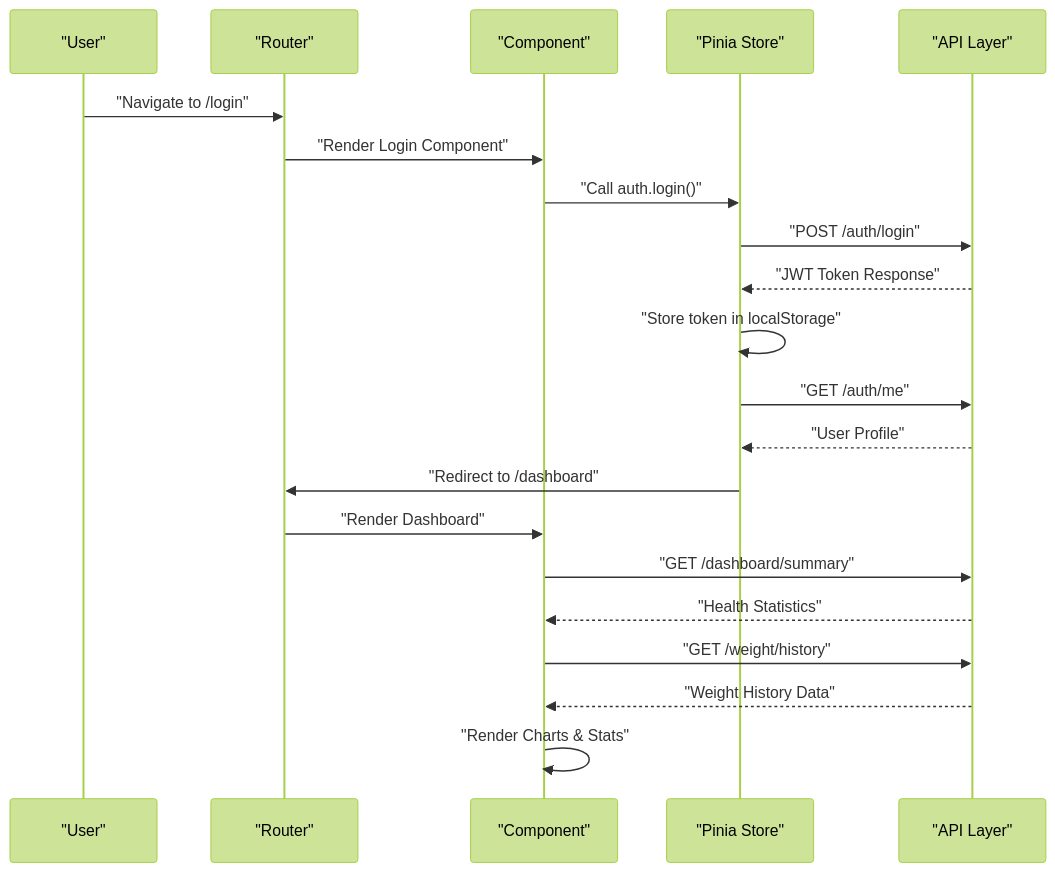
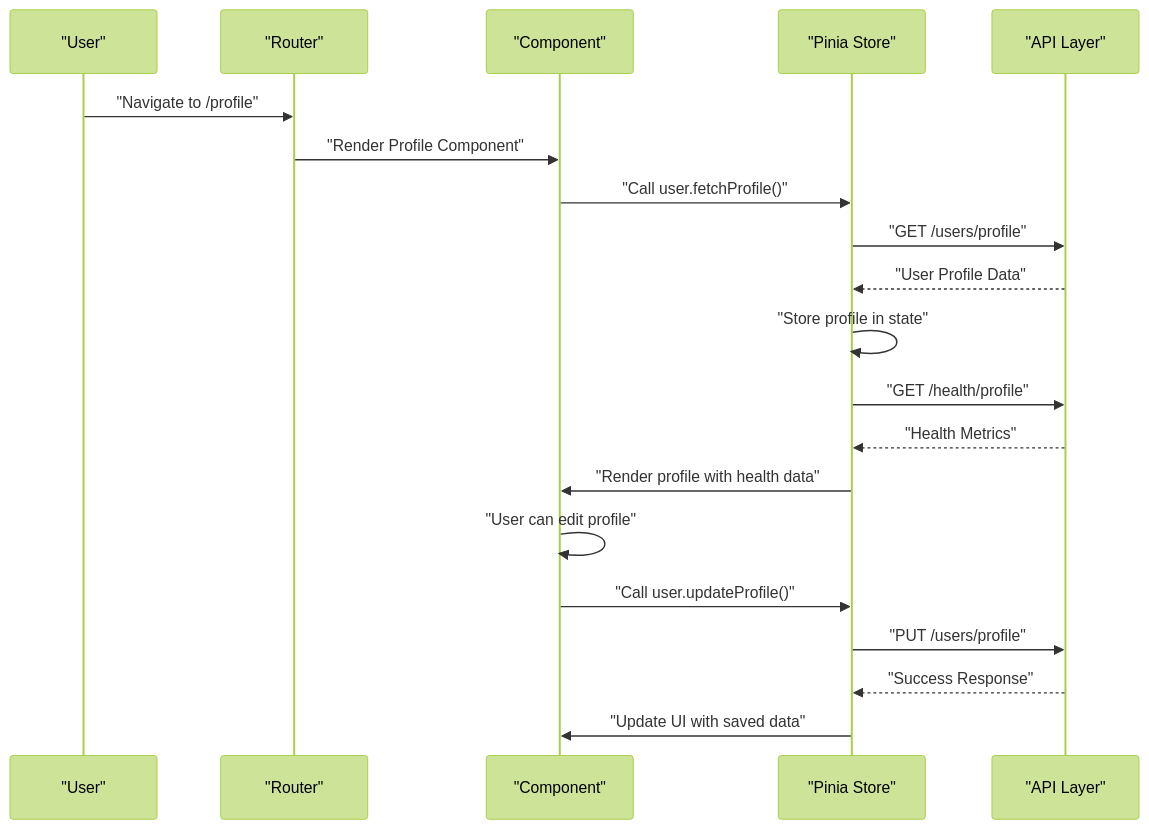
Before and after one commit to hsarjun04-netizen/NUTRICooACH: the second of 3 diagrams in .qoder/repowiki/en/content/Frontend Application/Component Documentation.md, drawn with Mermaid (forest theme). The commit also changed other lines of this file and 9 other files, not shown here.

````diff
--- a/.qoder/repowiki/en/content/Frontend Application/Component Documentation.md
+++ b/.qoder/repowiki/en/content/Frontend Application/Component Documentation.md
@@ -143,23 +149,22 @@
 ```mermaid
 sequenceDiagram
 participant U as "User"
 participant R as "Router"
 participant C as "Component"
 participant S as "Pinia Store"
 participant A as "API Layer"
-U->>R : "Navigate to /login"
-R->>C : "Render Login Component"
-C->>S : "Call auth.login()"
-S->>A : "POST /auth/login"
-A-->>S : "JWT Token Response"
-S->>S : "Store token in localStorage"
-S->>A : "GET /auth/me"
-A-->>S : "User Profile"
-S->>R : "Redirect to /dashboard"
-R->>C : "Render Dashboard"
-C->>A : "GET /dashboard/summary"
-A-->>C : "Health Statistics"
-C->>A : "GET /weight/history"
-A-->>C : "Weight History Data"
-C->>C : "Render Charts & Stats"
+U->>R : "Navigate to /profile"
+R->>C : "Render Profile Component"
+C->>S : "Call user.fetchProfile()"
+S->>A : "GET /users/profile"
+A-->>S : "User Profile Data"
+S->>S : "Store profile in state"
+S->>A : "GET /health/profile"
+A-->>S : "Health Metrics"
+S->>C : "Render profile with health data"
+C->>C : "User can edit profile"
+C->>S : "Call user.updateProfile()"
+S->>A : "PUT /users/profile"
+A-->>S : "Success Response"
+S->>C : "Update UI with saved data"
 ```
````
